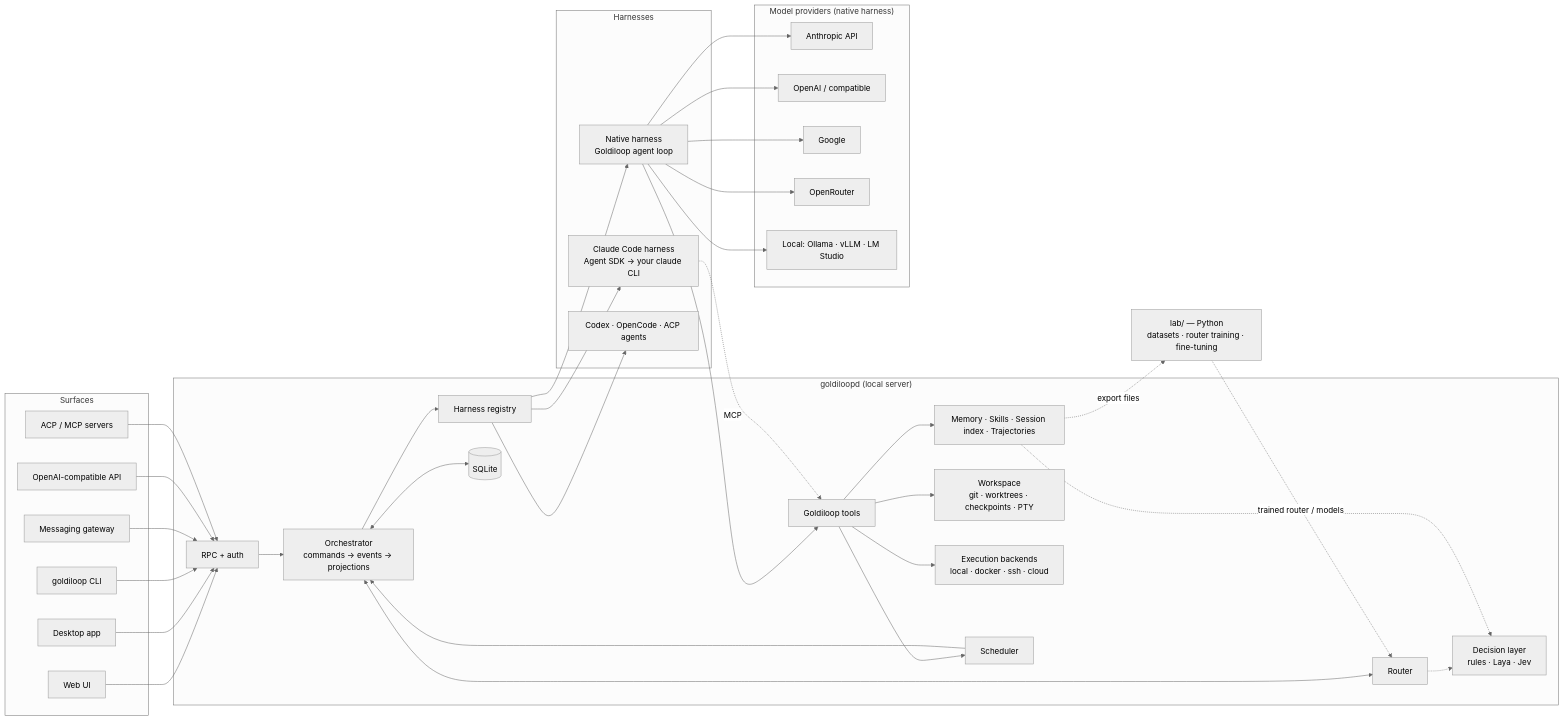
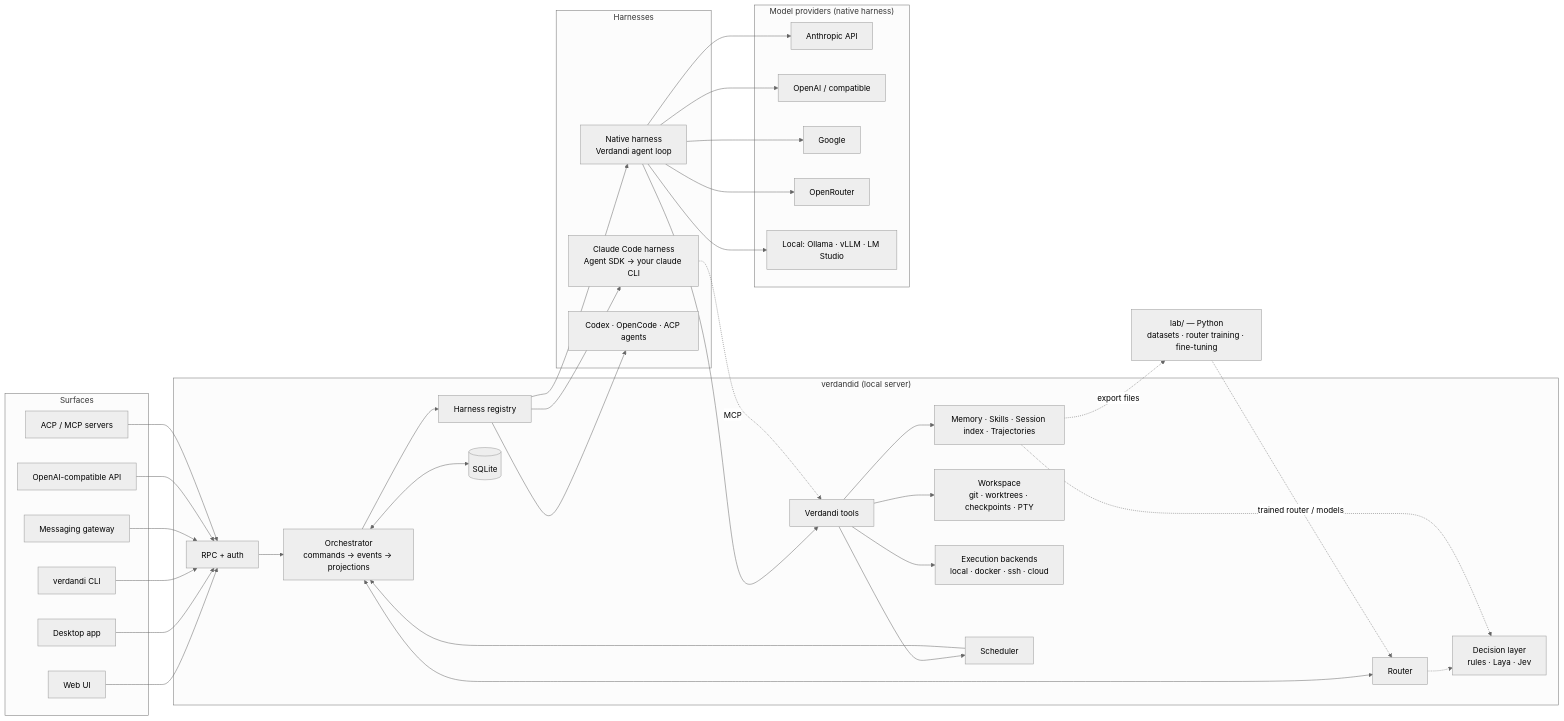
Before and after one commit to Brattlof/verdandi: the first of 2 diagrams in docs/DESIGN.md, drawn with Mermaid (neutral theme). The commit also changed other lines of this file and 48 other files, not shown here.

````diff
--- a/docs/DESIGN.md
+++ b/docs/DESIGN.md
@@ -110,55 +110,55 @@
 ```mermaid
 flowchart LR
   subgraph Surfaces
     WEB[Web UI]
     DESK[Desktop app]
-    CLI[goldiloop CLI]
+    CLI[verdandi CLI]
     GW[Messaging gateway]
     API[OpenAI-compatible API]
     ACP[ACP / MCP servers]
   end
 
-  subgraph goldiloopd["goldiloopd (local server)"]
+  subgraph verdandid["verdandid (local server)"]
     RPC[RPC + auth]
     ORCH[Orchestrator<br/>commands → events → projections]
     ROUTER[Router]
     HREG[Harness registry]
-    TOOLS[Goldiloop tools]
+    TOOLS[Verdandi tools]
     DEC[Decision layer<br/>rules · Laya · Jev]
     LEARN[Memory · Skills · Session index · Trajectories]
     WSVC[Workspace<br/>git · worktrees · checkpoints · PTY]
     EXEC[Execution backends<br/>local · docker · ssh · cloud]
     SCHED[Scheduler]
     DB[(SQLite)]
   end
 
   subgraph Harnesses
     CC[Claude Code harness<br/>Agent SDK → your claude CLI]
-    NAT[Native harness<br/>Goldiloop agent loop]
+    NAT[Native harness<br/>Verdandi agent loop]
     OTH[Codex · OpenCode · ACP agents]
   end
 
   subgraph Providers["Model providers (native harness)"]
     ANT[Anthropic API]
     OAI[OpenAI / compatible]
     GOO[Google]
     ORT[OpenRouter]
     LOC[Local: Ollama · vLLM · LM Studio]
   end
 
   LAB[lab/ — Python<br/>datasets · router training · fine-tuning]
 
   WEB & DESK & CLI & GW & API & ACP --> RPC --> ORCH
   ORCH <--> ROUTER
   ROUTER -.-> DEC
   LEARN -.-> DEC
   ORCH --> HREG --> CC & NAT & OTH
   NAT --> ANT & OAI & GOO & ORT & LOC
   NAT --> TOOLS
   CC -. MCP .-> TOOLS
   TOOLS --> LEARN & EXEC & WSVC & SCHED
   SCHED --> ORCH
   ORCH <--> DB
   LEARN -. export files .-> LAB
   LAB -. trained router / models .-> ROUTER
 ```
````
